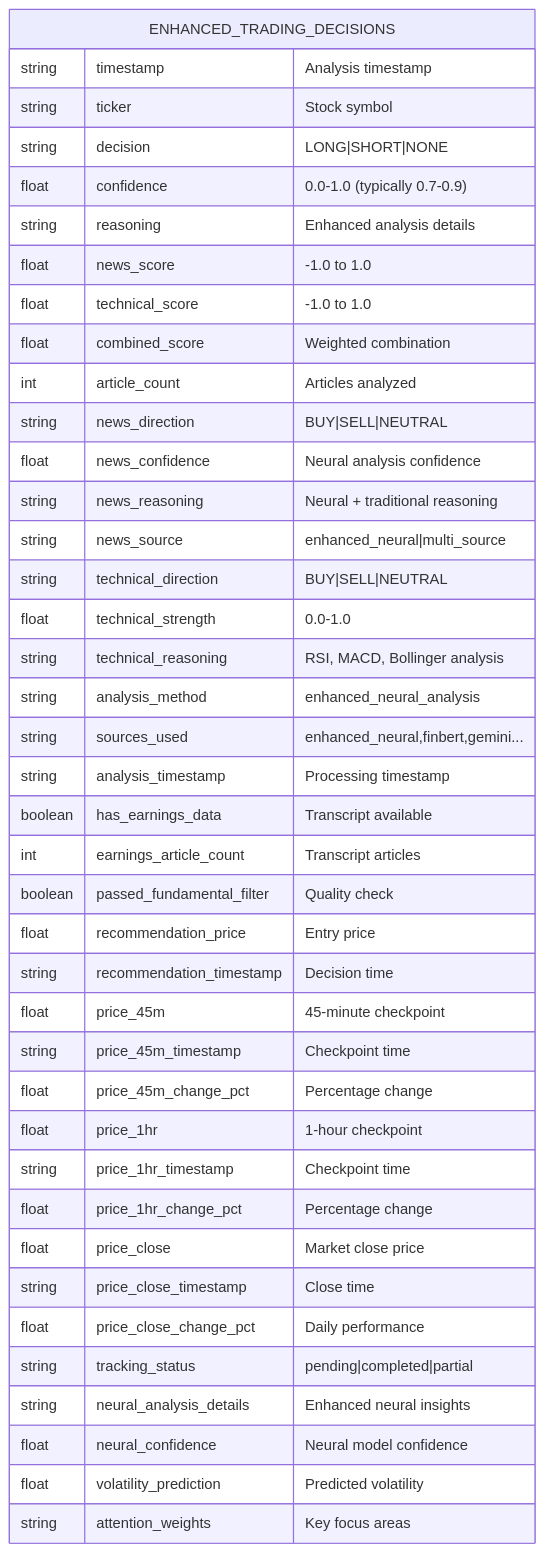
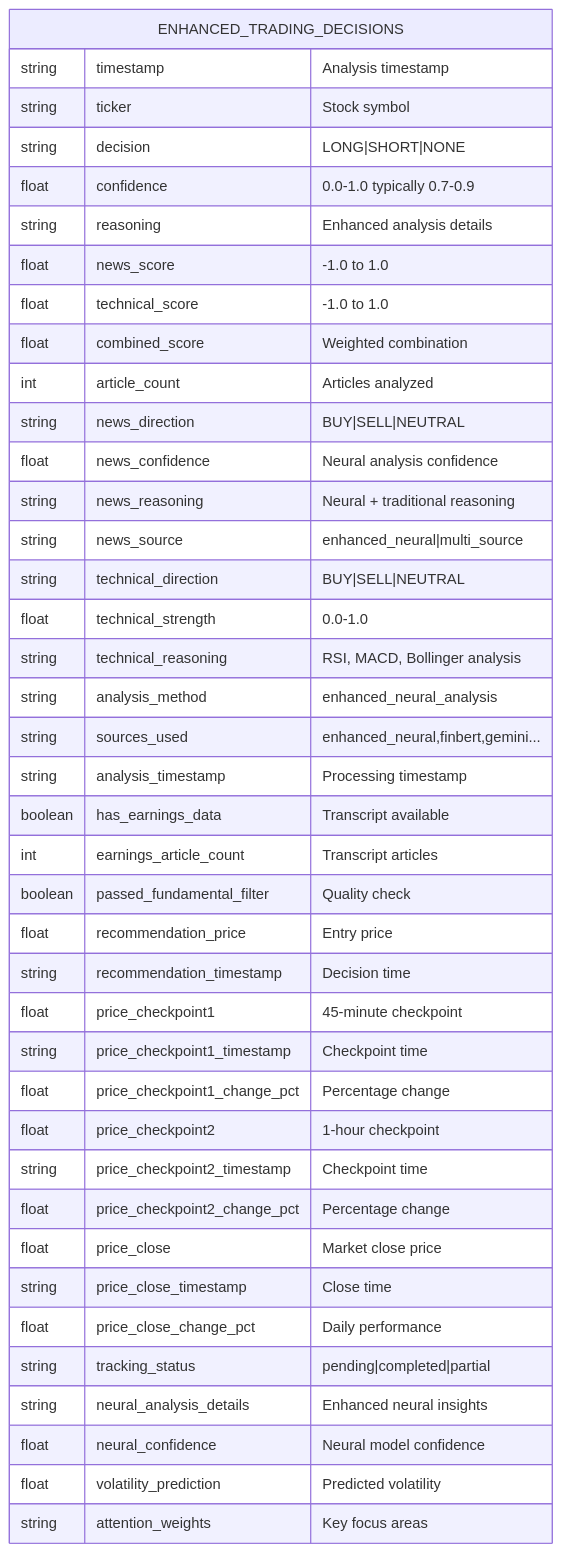
The ninth of 11 diagrams in news_cruncher/README.md (jaygasi/news_analyzer), drawn with Mermaid before and after one commit. The commit also changed other lines of this file and 6 other files, not shown here.

````diff
--- a/news_cruncher/README.md
+++ b/news_cruncher/README.md
@@ -693,50 +644,50 @@
 ```mermaid
 erDiagram
     ENHANCED_TRADING_DECISIONS {
         string timestamp "Analysis timestamp"
         string ticker "Stock symbol"
         string decision "LONG|SHORT|NONE"
-        float confidence "0.0-1.0 (typically 0.7-0.9)"
+        float confidence "0.0-1.0 typically 0.7-0.9"
         string reasoning "Enhanced analysis details"
         
         float news_score "-1.0 to 1.0"
         float technical_score "-1.0 to 1.0" 
         float combined_score "Weighted combination"
         int article_count "Articles analyzed"
         
         string news_direction "BUY|SELL|NEUTRAL"
         float news_confidence "Neural analysis confidence"
         string news_reasoning "Neural + traditional reasoning"
         string news_source "enhanced_neural|multi_source"
         
         string technical_direction "BUY|SELL|NEUTRAL"
         float technical_strength "0.0-1.0"
         string technical_reasoning "RSI, MACD, Bollinger analysis"
         
         string analysis_method "enhanced_neural_analysis"
         string sources_used "enhanced_neural,finbert,gemini..."
         string analysis_timestamp "Processing timestamp"
         
         boolean has_earnings_data "Transcript available"
         int earnings_article_count "Transcript articles"
         boolean passed_fundamental_filter "Quality check"
         
         float recommendation_price "Entry price"
         string recommendation_timestamp "Decision time"
-        float price_45m "45-minute checkpoint"
-        string price_45m_timestamp "Checkpoint time"
-        float price_45m_change_pct "Percentage change"
-        float price_1hr "1-hour checkpoint"
-        string price_1hr_timestamp "Checkpoint time"
-        float price_1hr_change_pct "Percentage change"
+        float price_checkpoint1 "45-minute checkpoint"
+        string price_checkpoint1_timestamp "Checkpoint time"
+        float price_checkpoint1_change_pct "Percentage change"
+        float price_checkpoint2 "1-hour checkpoint"
+        string price_checkpoint2_timestamp "Checkpoint time"
+        float price_checkpoint2_change_pct "Percentage change"
         float price_close "Market close price"
         string price_close_timestamp "Close time"
         float price_close_change_pct "Daily performance"
         string tracking_status "pending|completed|partial"
         
         string neural_analysis_details "Enhanced neural insights"
         float neural_confidence "Neural model confidence"
         float volatility_prediction "Predicted volatility"
         string attention_weights "Key focus areas"
     }
 ```
````
